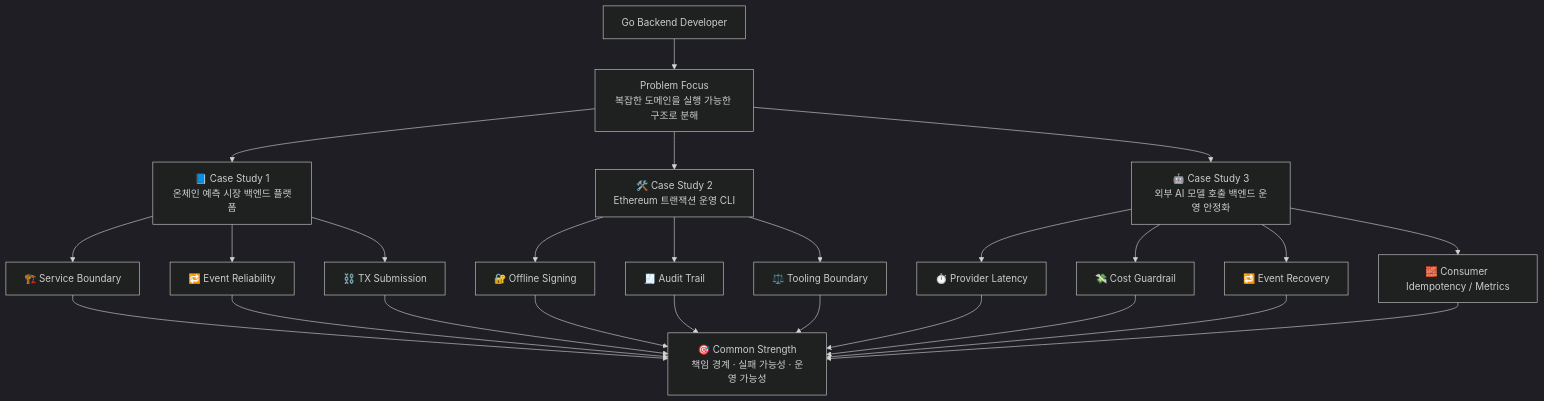
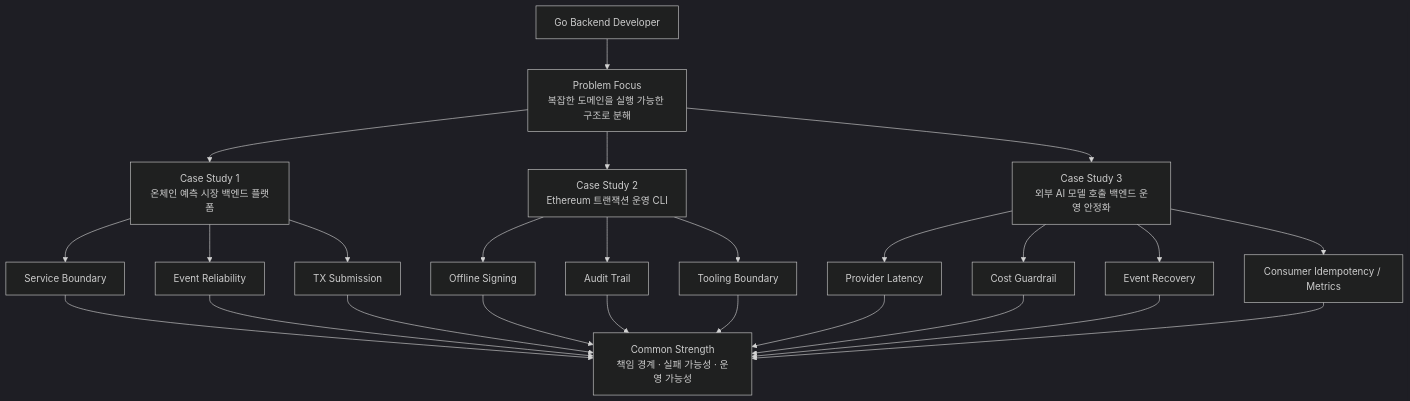
The first of 6 diagrams in README.md (bang9ming9/bang9ming9), drawn with Mermaid (dark theme) before and after one commit. The commit also changed other lines of this file, not shown here.

Commit message:
docs: update portfolio README and AI backend case study

````diff
--- a/README.md
+++ b/README.md
@@ -27,31 +21,32 @@
 ```mermaid
 flowchart TD
     A[Go Backend Developer] --> B[Problem Focus<br/>복잡한 도메인을 실행 가능한 구조로 분해]
-    B --> C[📘 Case Study 1<br/>온체인 예측 시장 백엔드 플랫폼]
-    B --> D[🛠️ Case Study 2<br/>Ethereum 트랜잭션 운영 CLI]
-    B --> E[🤖 Case Study 3<br/>외부 AI 모델 호출 백엔드 운영 안정화]
 
-    C --> C1[🏗️ Service Boundary]
-    C --> C2[🔁 Event Reliability]
-    C --> C3[⛓️ TX Submission]
+    B --> C[Case Study 1<br/>온체인 예측 시장 백엔드 플랫폼]
+    B --> D[Case Study 2<br/>Ethereum 트랜잭션 운영 CLI]
+    B --> E[Case Study 3<br/>외부 AI 모델 호출 백엔드 운영 안정화]
 
-    D --> D1[🔐 Offline Signing]
-    D --> D2[🧾 Audit Trail]
-    D --> D3[⚖️ Tooling Boundary]
+    C --> C1[Service Boundary]
+    C --> C2[Event Reliability]
+    C --> C3[TX Submission]
 
-    E --> E1[⏱️ Provider Latency]
-    E --> E2[💸 Cost Guardrail]
-    E --> E3[🔁 Event Recovery]
-    E --> E4[🧱 Consumer Idempotency / Metrics]
+    D --> D1[Offline Signing]
+    D --> D2[Audit Trail]
+    D --> D3[Tooling Boundary]
 
-    C1 --> F[🎯 Common Strength<br/>책임 경계 · 실패 가능성 · 운영 가능성]
+    E --> E1[Provider Latency]
+    E --> E2[Cost Guardrail]
+    E --> E3[Event Recovery]
+    E --> E4[Consumer Idempotency / Metrics]
+
+    C1 --> F[Common Strength<br/>책임 경계 · 실패 가능성 · 운영 가능성]
     C2 --> F
     C3 --> F
     D1 --> F
     D2 --> F
     D3 --> F
     E1 --> F
     E2 --> F
     E3 --> F
     E4 --> F
 ```
````
